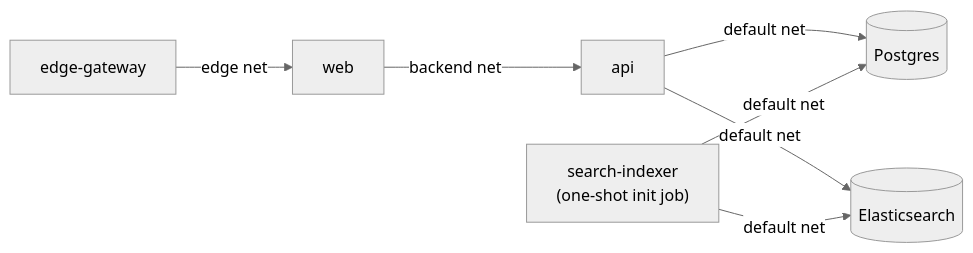
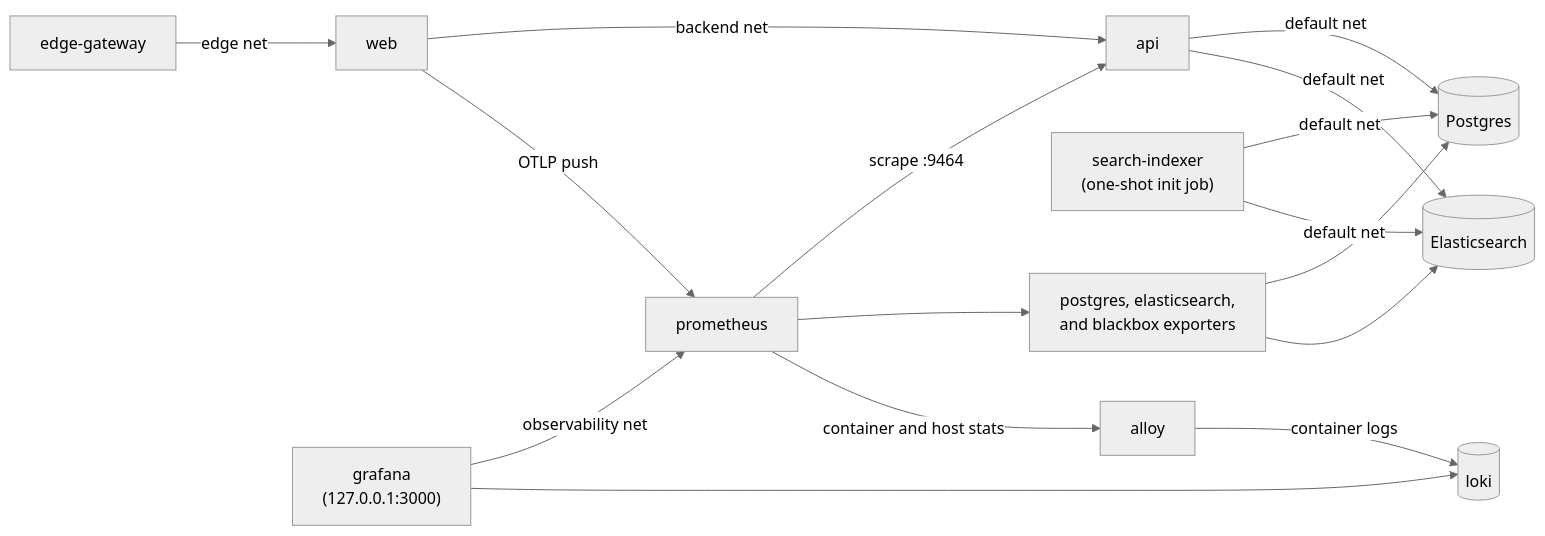
The third of 4 diagrams in docs/topology.md (raaqimorg/qafiyah), drawn with Mermaid (neutral theme) before and after one commit. The commit also changed other lines of this file and 86 other files, not shown here.

First line of the commit message:
feat(observability): add a private Prometheus, Loki, Alloy, and Grafana stack for latency, slow queries, resources, edge cache, and logs, and log the API through tracing (#193)

````diff
--- a/docs/topology.md
+++ b/docs/topology.md
@@ -47,9 +47,18 @@
 ```mermaid
 flowchart LR
     edge["edge-gateway"] -->|"edge net"| web["web"]
     web -->|"backend net"| api["api"]
     api -->|"default net"| db[("Postgres")]
     api -->|"default net"| es[("Elasticsearch")]
     indexer["search-indexer<br/>(one-shot init job)"] -->|"default net"| db
     indexer -->|"default net"| es
+    prometheus["prometheus"] -->|"scrape :9464"| api
+    web -->|"OTLP push"| prometheus
+    prometheus --> exporters["postgres, elasticsearch,<br/>and blackbox exporters"]
+    exporters --> db
+    exporters --> es
+    grafana["grafana<br/>(127.0.0.1:3000)"] -->|"observability net"| prometheus
+    grafana --> loki[("loki")]
+    alloy["alloy"] -->|"container logs"| loki
+    prometheus -->|"container and host stats"| alloy
 ```
````
